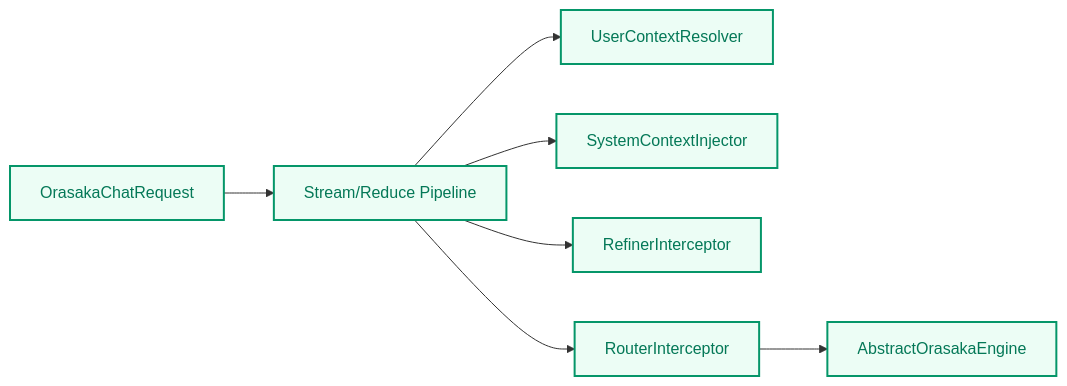
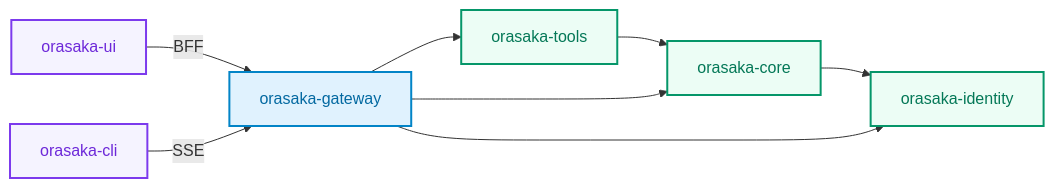
One commit to oussamaABID/orasaka changed the diagram in README.md. Above: the diagram before and after it, drawn with Mermaid. The commit also changed other lines of this file and 489 other files, not shown here.

Commit message:
docs: auto-generate javadocs for gateway and tools modules and add LICENSE

````diff
--- a/README.md
+++ b/README.md
@@ -284,16 +46,18 @@
 ```mermaid
 graph LR
-    Request[OrasakaChatRequest] --> Interceptors[Stream/Reduce Pipeline]
-    Interceptors --> Interceptor1[UserContextResolver]
-    Interceptors --> Interceptor2[SystemContextInjector]
-    Interceptors --> Interceptor3[RefinerInterceptor]
-    Interceptors --> Interceptor4[RouterInterceptor]
-    Interceptor4 --> Engine[AbstractOrasakaEngine]
+    core[orasaka-core] --> identity[orasaka-identity]
+    tools[orasaka-tools] --> core
+    gateway[orasaka-gateway] --> core
+    gateway --> identity
+    gateway --> tools
+    ui[orasaka-ui] -->|BFF| gateway
+    cli[orasaka-cli] -->|SSE| gateway
 
-    classDef client fill:#e0f2fe,stroke:#0284c7,stroke-width:2px,color:#0369a1;
-    classDef bff fill:#f5f3ff,stroke:#7c3aed,stroke-width:2px,color:#6d28d9;
-    classDef core fill:#ecfdf5,stroke:#059669,stroke-width:2px,color:#047857;
-    classDef infra fill:#fef3c7,stroke:#d97706,stroke-width:2px,color:#b45309;
-    
-    class Request,Interceptors,Interceptor1,Interceptor2,Interceptor3,Interceptor4,Engine core;
+    classDef lib fill:#ecfdf5,stroke:#059669,stroke-width:2px,color:#047857;
+    classDef app fill:#e0f2fe,stroke:#0284c7,stroke-width:2px,color:#0369a1;
+    classDef fe fill:#f5f3ff,stroke:#7c3aed,stroke-width:2px,color:#6d28d9;
+
+    class core,identity,tools lib;
+    class gateway app;
+    class ui,cli fe;
 ```
````
